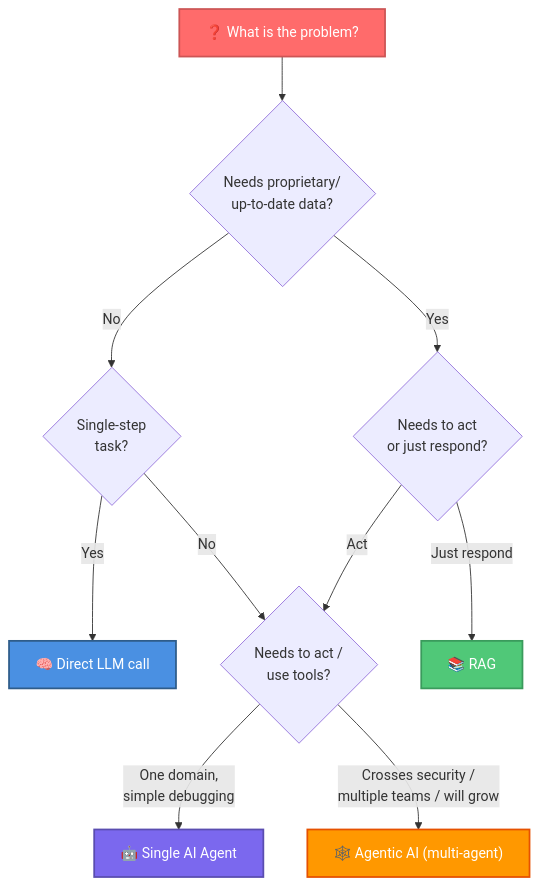
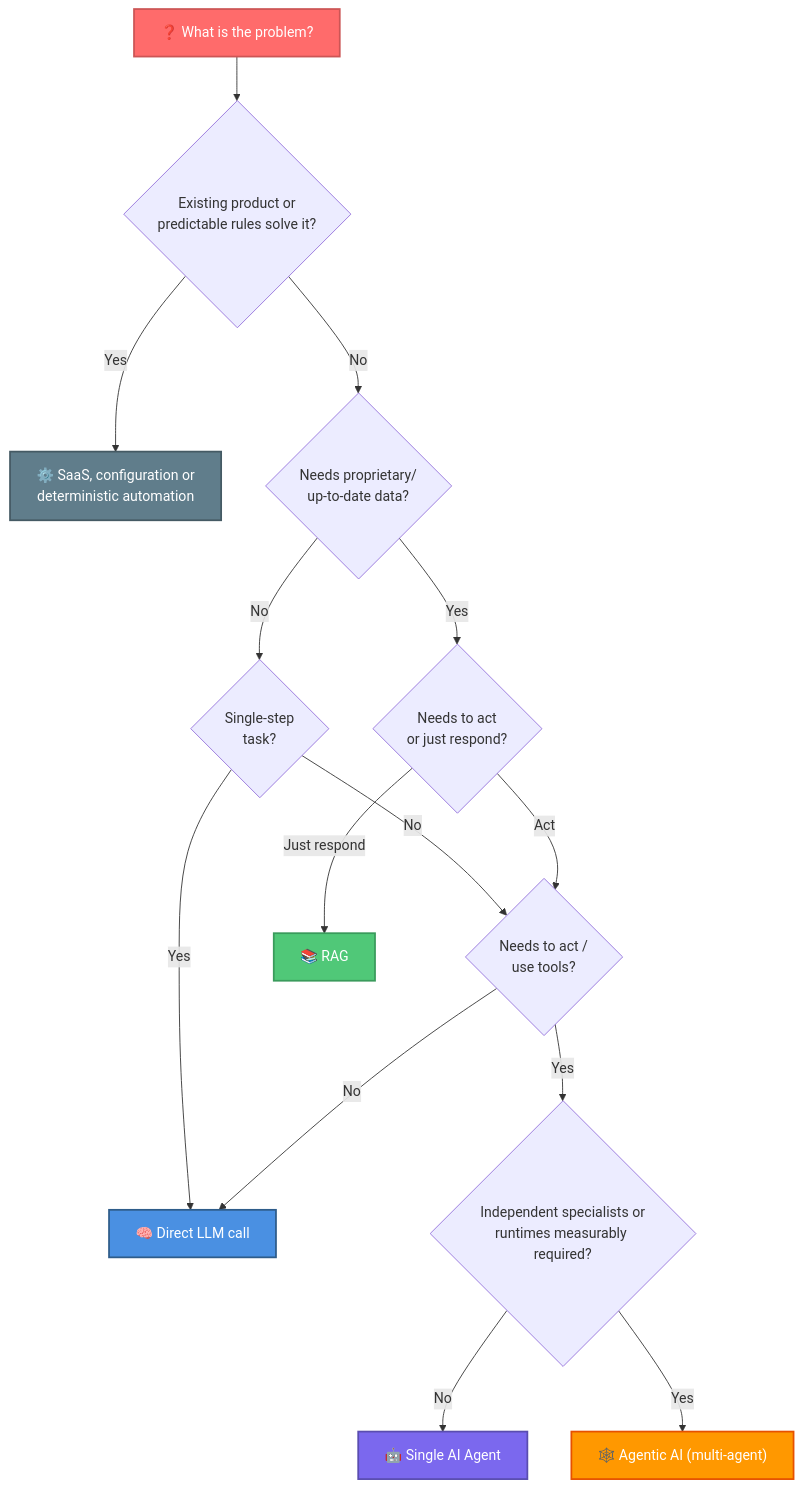
Before and after one commit to fabioharams/hubsp-ai-skill: the sixth of 6 diagrams in references/01-llm-rag-ai-agent-fundamentals.md, drawn with Mermaid. The commit also changed other lines of this file and 7 other files, not shown here.

````diff
--- a/references/01-llm-rag-ai-agent-fundamentals.md
+++ b/references/01-llm-rag-ai-agent-fundamentals.md
@@ -195,18 +195,23 @@
 ```mermaid
 flowchart TD
-    A["❓ What is the problem?"] --> B{"Needs proprietary/<br/>up-to-date data?"}
+    A["❓ What is the problem?"] --> P{"Existing product or<br/>predictable rules solve it?"}
+    P -- Yes --> SIMPLE["⚙️ SaaS, configuration or<br/>deterministic automation"]
+    P -- No --> B{"Needs proprietary/<br/>up-to-date data?"}
     B -- No --> C{"Single-step<br/>task?"}
     C -- Yes --> LLM["🧠 Direct LLM call"]
     C -- No --> D{"Needs to act /<br/>use tools?"}
     B -- Yes --> E{"Needs to act<br/>or just respond?"}
     E -- "Just respond" --> RAG["📚 RAG"]
     E -- "Act" --> D
-    D -- "One domain,<br/>simple debugging" --> AGENT["🤖 Single AI Agent"]
-    D -- "Crosses security /<br/>multiple teams / will grow" --> MULTI["🕸️ Agentic AI (multi-agent)"]
+    D -- No --> LLM
+    D -- Yes --> F{"Independent specialists or<br/>runtimes measurably required?"}
+    F -- No --> AGENT["🤖 Single AI Agent"]
+    F -- Yes --> MULTI["🕸️ Agentic AI (multi-agent)"]
 
     style A fill:#FF6B6B,stroke:#CC5555,color:#fff,stroke-width:2px
+    style SIMPLE fill:#607D8B,stroke:#455A64,color:#fff,stroke-width:2px
     style LLM fill:#4A90E2,stroke:#2E5C8A,color:#fff,stroke-width:2px
     style RAG fill:#50C878,stroke:#3A9B5C,color:#fff,stroke-width:2px
     style AGENT fill:#7B68EE,stroke:#5A4DB0,color:#fff,stroke-width:2px
     style MULTI fill:#FF9800,stroke:#E65100,color:#fff,stroke-width:2px
 ```
````
